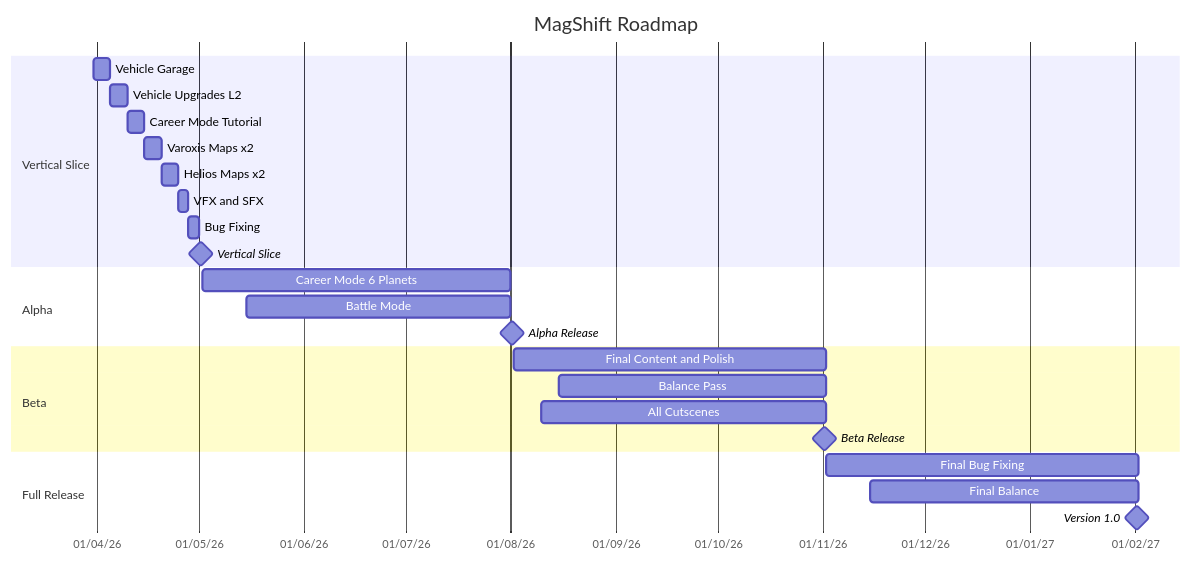
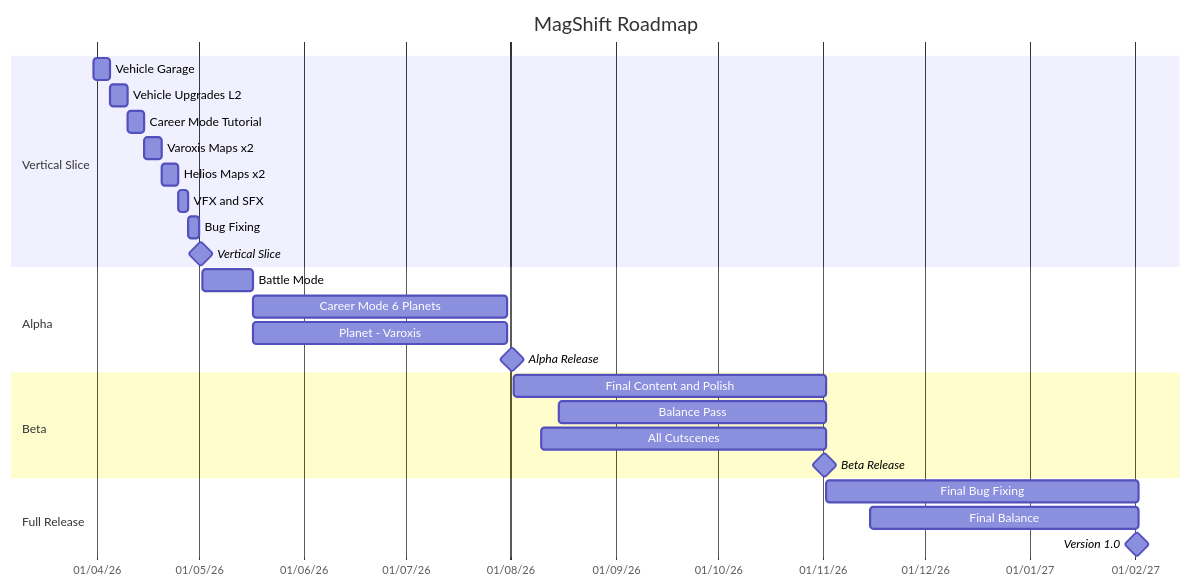
One commit to MisahSnow/MagShift-Obsidian changed the diagram in Goals Gantt.md. Above: the diagram before and after it, drawn with Mermaid. The commit also changed 9 other files, not shown here.

````diff
--- a/Goals Gantt.md
+++ b/Goals Gantt.md
@@ -3,33 +3,34 @@
 ```mermaid
 gantt
     title MagShift Roadmap
     dateFormat YYYY-MM-DD
     axisFormat %d/%m/%y
 
     section Vertical Slice
 
     Vehicle Garage :a2, 2026-03-31, 5d
     Vehicle Upgrades L2 :a3, 2026-04-05, 5d
     Career Mode Tutorial :a1, 2026-04-10, 5d
     Varoxis Maps x2 :a4, 2026-04-15, 5d
     Helios Maps x2 :a5, 2026-04-20, 5d
     VFX and SFX :a6, 2026-04-25, 3d
     Bug Fixing :a7, 2026-04-28,  3d
     Vertical Slice :milestone, m1, 2026-05-1, 1d
 
     section Alpha
-    Career Mode 6 Planets :b1, 2026-05-02, 91d
-    Battle Mode :b2, 2026-05-15, 78d
+    Battle Mode :b2, 2026-05-02, 15d
+    Career Mode 6 Planets :b1, 2026-05-17, 75d
+	Planet - Varoxis :b1, 2026-05-17, 75d
     Alpha Release :milestone, m2, 2026-08-01, 1d
 
     section Beta
     Final Content and Polish :c1, 2026-08-02, 92d
     Balance Pass :c2, 2026-08-15, 79d
     All Cutscenes :c3, 2026-08-10, 84d
     Beta Release :milestone, m3, 2026-11-01, 1d
 
     section Full Release
     Final Bug Fixing :d1, 2026-11-02, 92d
     Final Balance :d2, 2026-11-15, 79d
     Version 1.0 :milestone, m4, 2027-02-01, 1d
 ```
````
